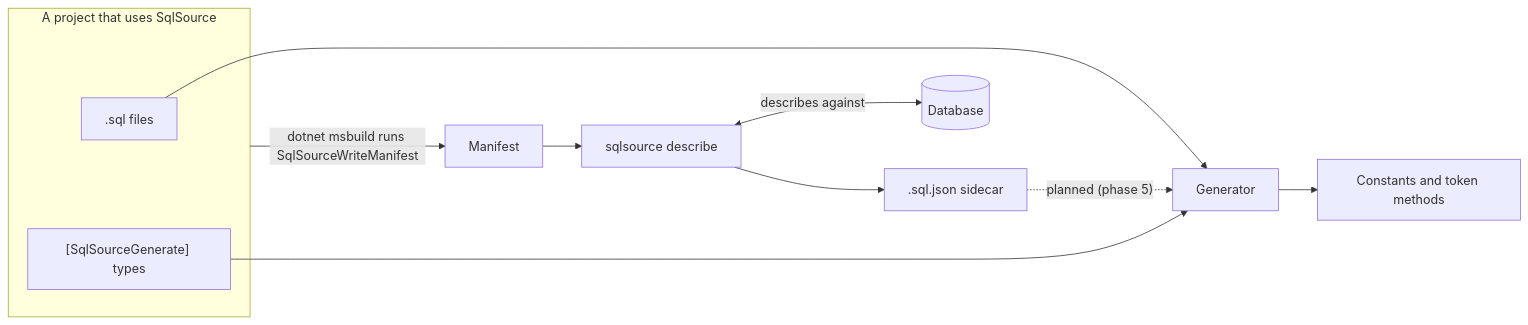
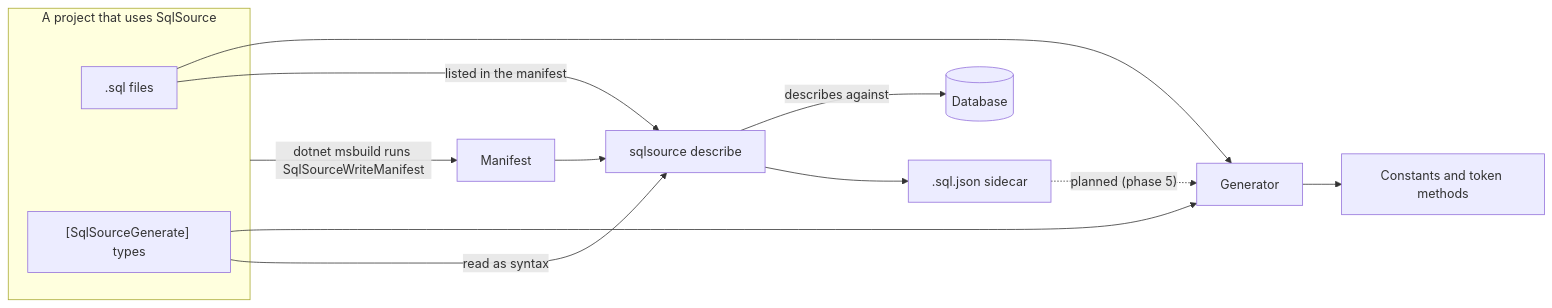
One commit to mbcrawfo/SqlSource changed the diagram in docs/architecture/README.md. Above: the diagram before and after it, drawn with Mermaid. The commit also changed other lines of this file, not shown here.

Commit message:
Show that the tool reads the .sql files and the attribute too

````diff
--- a/docs/architecture/README.md
+++ b/docs/architecture/README.md
@@ -14,15 +14,17 @@
 ```mermaid
 flowchart LR
     subgraph project["A project that uses SqlSource"]
         sql[".sql files"]
         attribute["[SqlSourceGenerate] types"]
     end
     sql --> generator["Generator"]
     attribute --> generator
     generator --> code["Constants and token methods"]
     project -->|"dotnet msbuild runs SqlSourceWriteManifest"| manifest["Manifest"]
     manifest --> tool["sqlsource describe"]
-    tool <-->|"describes against"| database[("Database")]
+    sql -->|"listed in the manifest"| tool
+    attribute -->|"read as syntax"| tool
+    tool -->|"describes against"| database[("Database")]
     tool --> sidecar[".sql.json sidecar"]
     sidecar -.->|"planned (phase 5)"| generator
 ```
````
